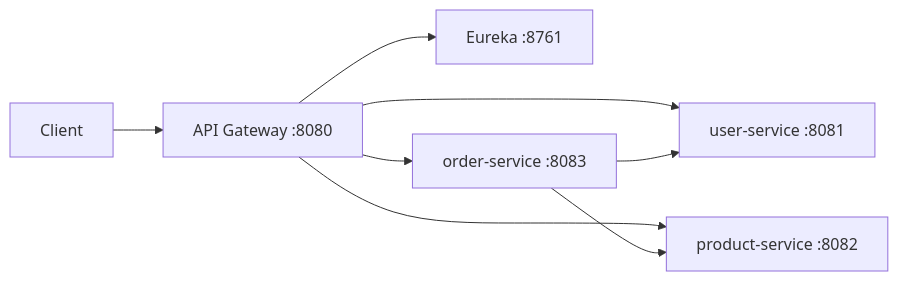
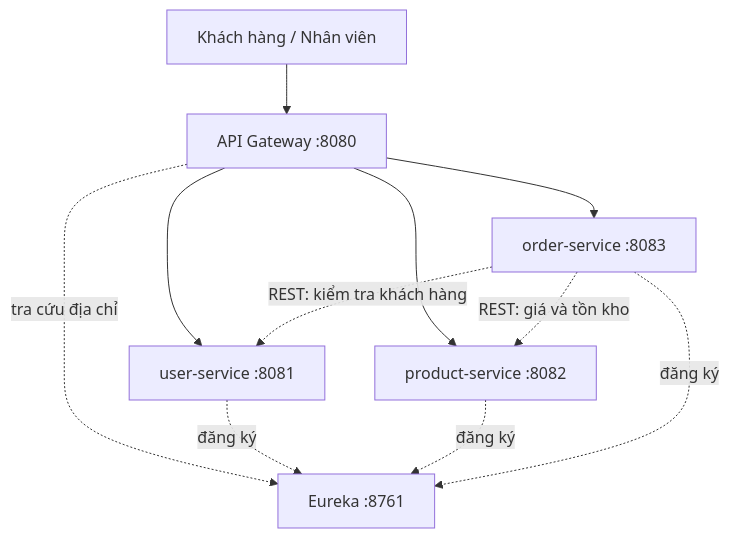
The diagram in MSS301_Project_E-comerce/README.md (bvd512004/MSS301_E-commerce), drawn with Mermaid before and after one commit. The commit also changed other lines of this file and 1 other file, not shown here.

````diff
--- a/MSS301_Project_E-comerce/README.md
+++ b/MSS301_Project_E-comerce/README.md
@@ -32,10 +32,13 @@
 ```mermaid
-flowchart LR
-    client[Client] --> gateway[API Gateway :8080]
-    gateway --> eureka[Eureka :8761]
+flowchart TB
+    client[Khách hàng / Nhân viên] --> gateway[API Gateway :8080]
     gateway --> userSvc[user-service :8081]
     gateway --> productSvc[product-service :8082]
     gateway --> orderSvc[order-service :8083]
-    orderSvc --> userSvc
-    orderSvc --> productSvc
+    gateway -. tra cứu địa chỉ .-> eureka[Eureka :8761]
+    userSvc -. đăng ký .-> eureka
+    productSvc -. đăng ký .-> eureka
+    orderSvc -. đăng ký .-> eureka
+    orderSvc -. REST: kiểm tra khách hàng .-> userSvc
+    orderSvc -. REST: giá và tồn kho .-> productSvc
 ```
````
